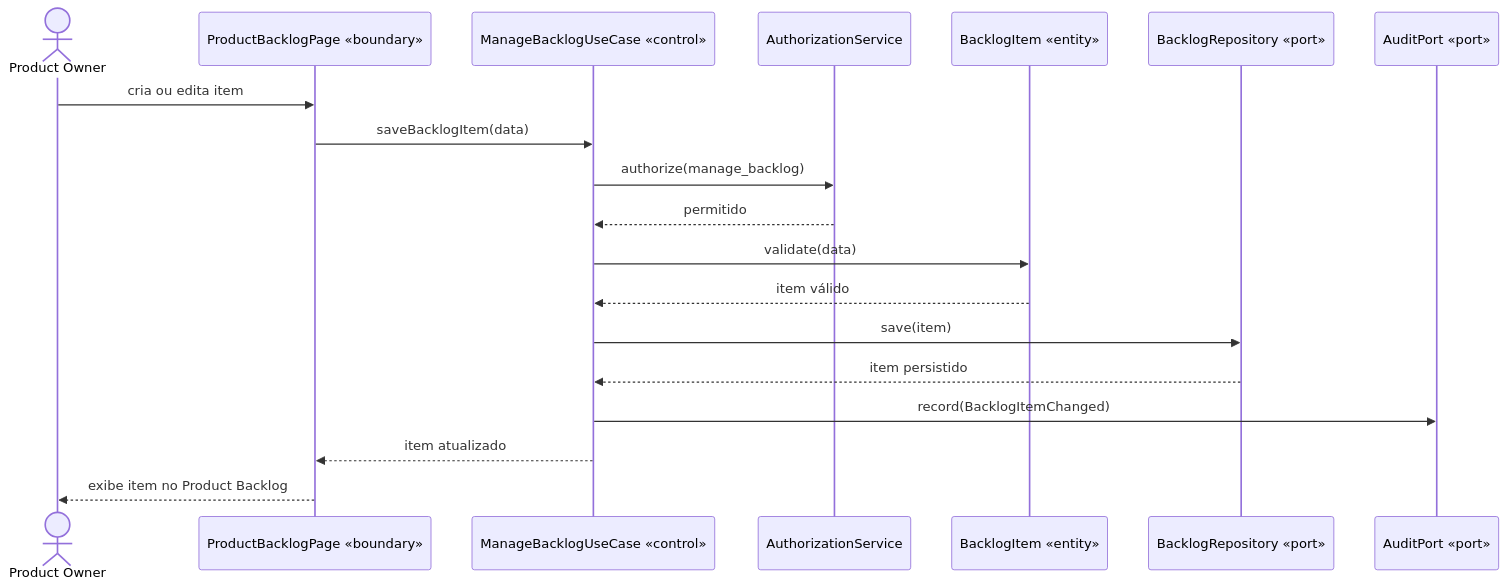
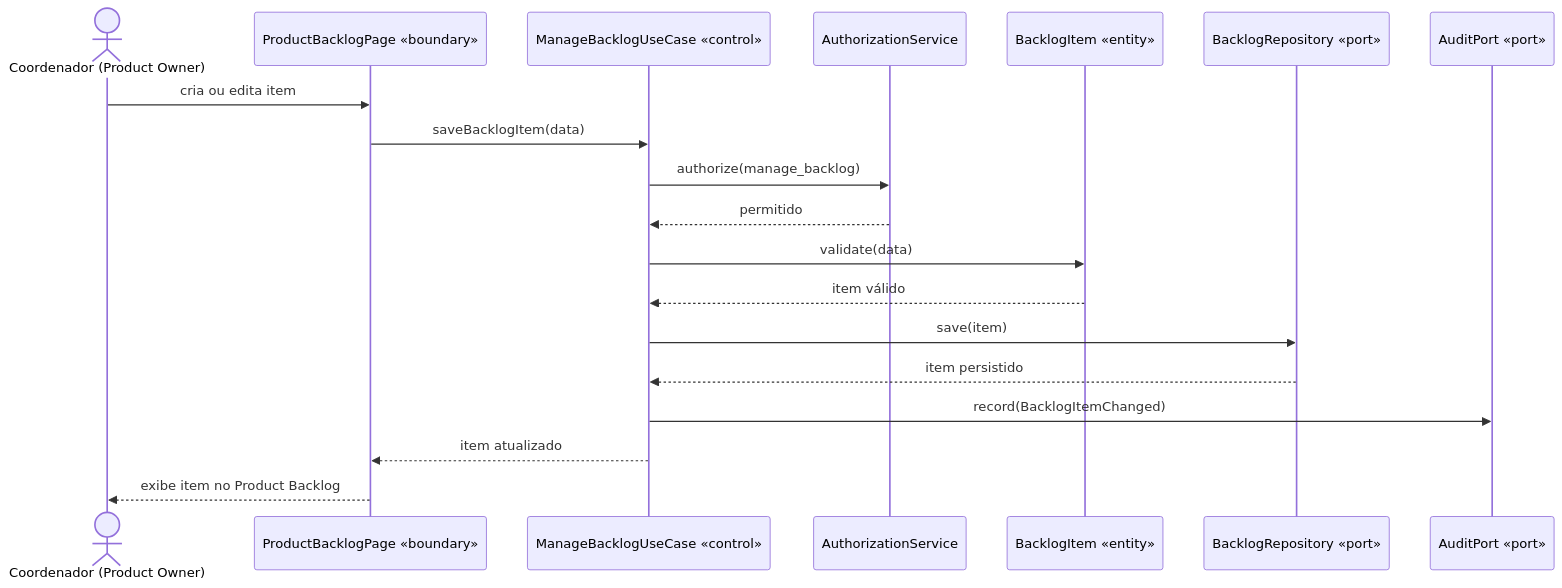
One commit to LuHenRe/PETBSI-SCRUM changed the third of 8 diagrams in docs/especificao-de-software/08-diagramas-de-sequencia.md. Above: the diagram before and after it, drawn with Mermaid. The commit also changed other lines of this file and 18 other files, not shown here.

````diff
--- a/docs/especificao-de-software/08-diagramas-de-sequencia.md
+++ b/docs/especificao-de-software/08-diagramas-de-sequencia.md
@@ -74,22 +74,22 @@
 ```mermaid
 sequenceDiagram
-    actor PO as Product Owner
+    actor PO as Coordenador (Product Owner)
     participant UI as ProductBacklogPage «boundary»
     participant UC as ManageBacklogUseCase «control»
     participant Auth as AuthorizationService
     participant Item as BacklogItem «entity»
     participant Repo as BacklogRepository «port»
     participant Audit as AuditPort «port»
 
     PO->>UI: cria ou edita item
     UI->>UC: saveBacklogItem(data)
     UC->>Auth: authorize(manage_backlog)
     Auth-->>UC: permitido
     UC->>Item: validate(data)
     Item-->>UC: item válido
     UC->>Repo: save(item)
     Repo-->>UC: item persistido
     UC->>Audit: record(BacklogItemChanged)
     UC-->>UI: item atualizado
     UI-->>PO: exibe item no Product Backlog
 ```
````
